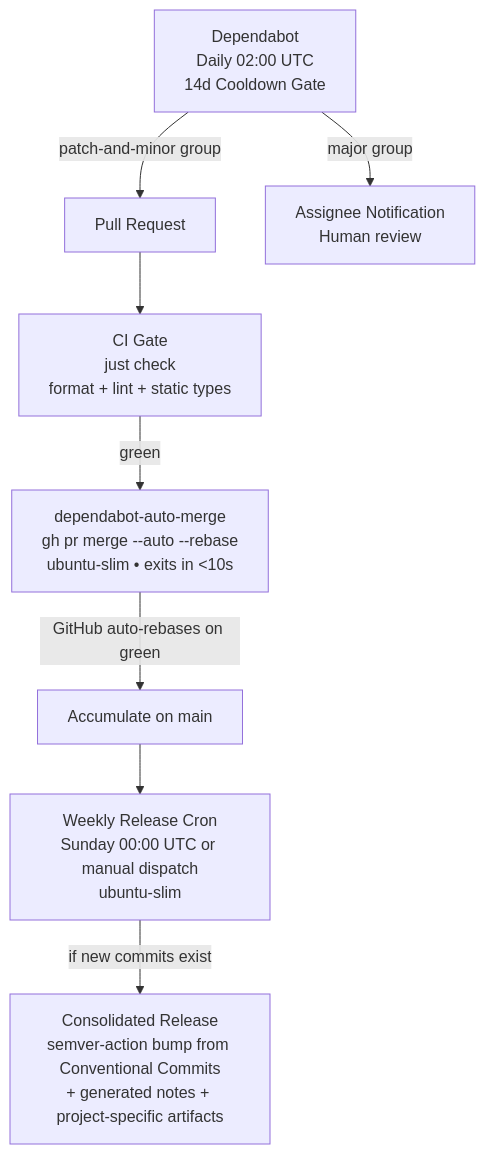
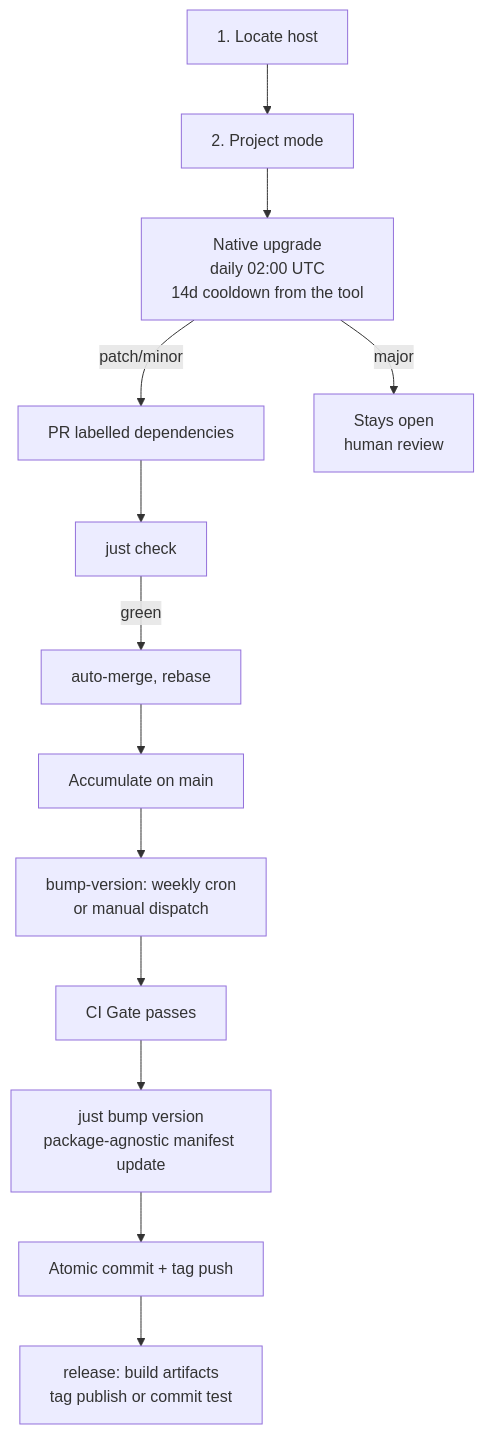
The diagram in dot_agents/skills/autonomous-upgrade/SKILL.md (Delnegend/dotfiles), drawn with Mermaid before and after one commit. The commit also changed other lines of this file and 4 other files, not shown here.

First line of the commit message:
refactor(skills): restructure autonomous-upgrade with progressive disclosure and package-agnostic bumps

````diff
--- a/dot_agents/skills/autonomous-upgrade/SKILL.md
+++ b/dot_agents/skills/autonomous-upgrade/SKILL.md
@@ -10,10 +21,15 @@
 ```mermaid
 flowchart TD
-    A[Dependabot<br/>Daily 02:00 UTC<br/>14d Cooldown Gate] -->|patch-and-minor group| B[Pull Request]
-    A -->|major group| C[Assignee Notification<br/>Human review]
-    B --> D[CI Gate<br/>just check<br/>format + lint + static types]
-    D -->|green| E[dependabot-auto-merge<br/>gh pr merge --auto --rebase<br/>ubuntu-slim • exits in <10s]
-    E -->|GitHub auto-rebases on green| F[Accumulate on main]
-    F --> G[Weekly Release Cron<br/>Sunday 00:00 UTC or manual dispatch<br/>ubuntu-slim]
-    G -->|if new commits exist| H[Consolidated Release<br/>semver-action bump from Conventional Commits<br/>+ generated notes + project-specific artifacts]
+    Z[1. Locate host] --> Y[2. Project mode]
+    Y --> A[Native upgrade<br/>daily 02:00 UTC<br/>14d cooldown from the tool]
+    A -->|patch/minor| B[PR labelled dependencies]
+    A -->|major| C[Stays open<br/>human review]
+    B --> D[just check]
+    D -->|green| E[auto-merge, rebase]
+    E --> F[Accumulate on main]
+    F --> G[bump-version: weekly cron<br/>or manual dispatch]
+    G --> H[CI Gate passes]
+    H --> I[just bump version<br/>package-agnostic manifest update]
+    I --> J[Atomic commit + tag push]
+    J --> K[release: build artifacts<br/>tag publish or commit test]
 ```
````
